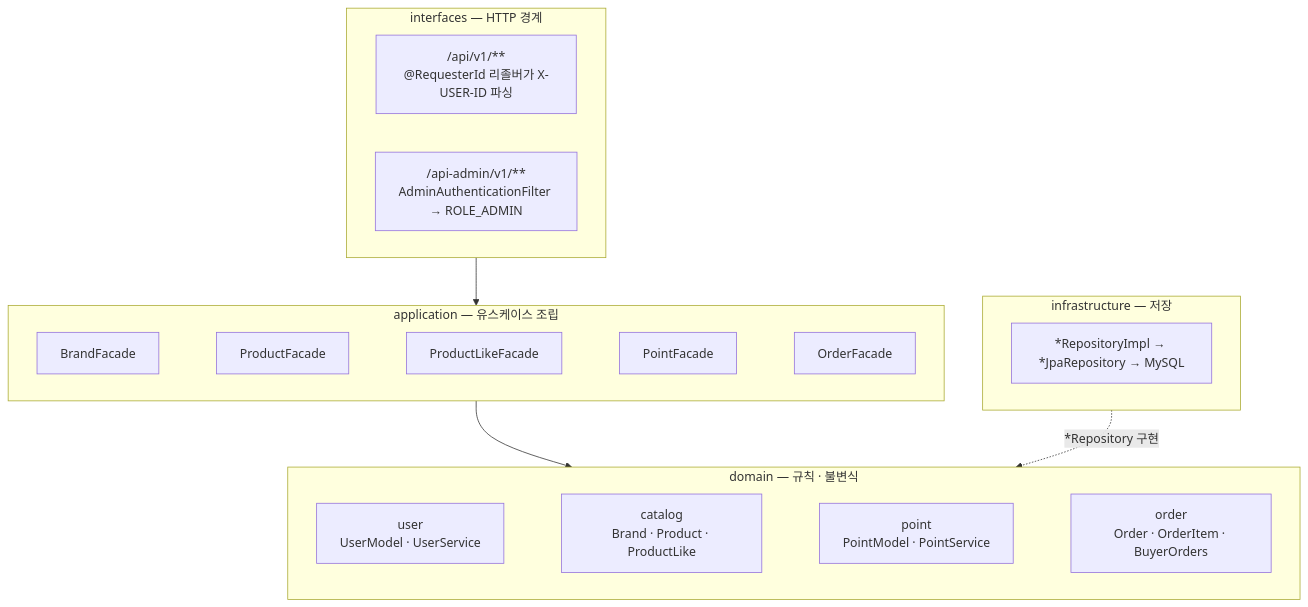
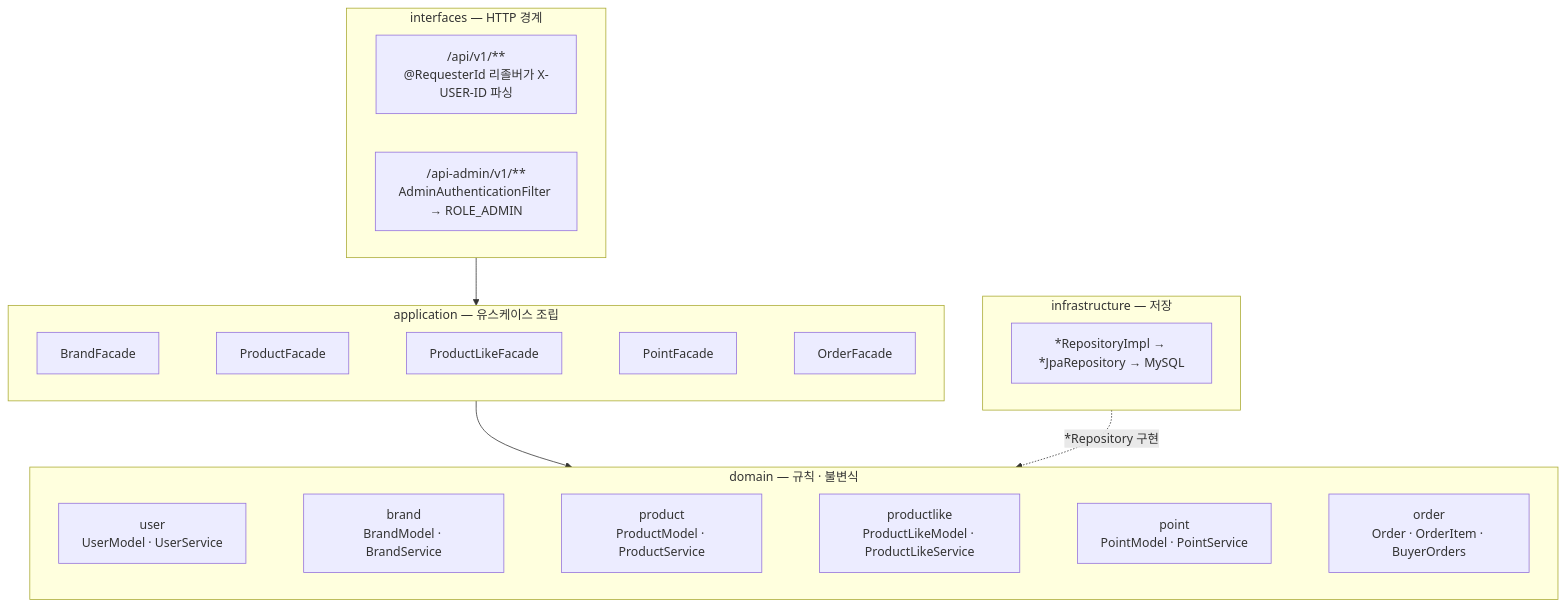
Before and after one commit to loopers-labs/loop-pack-be-l2-vol5-java: the second of 2 diagrams in docs/week2/design.md, drawn with Mermaid. The commit also changed other lines of this file and 100 other files, not shown here.

First line of the commit message:
refactor: split catalog package into brand/product/productlike aggregates

````diff
--- a/docs/week2/design.md
+++ b/docs/week2/design.md
@@ -39,22 +39,22 @@
 ```mermaid
 flowchart TB
     subgraph IF["interfaces — HTTP 경계"]
         direction LR
         CU["/api/v1/**<br/>@RequesterId 리졸버가 X-USER-ID 파싱"]
         AD["/api-admin/v1/**<br/>AdminAuthenticationFilter → ROLE_ADMIN"]
     end
     subgraph AP["application — 유스케이스 조립"]
         direction LR
         F1[BrandFacade] ~~~ F2[ProductFacade] ~~~ F3[ProductLikeFacade] ~~~ F4[PointFacade] ~~~ F5[OrderFacade]
     end
     subgraph DO["domain — 규칙 · 불변식"]
         direction LR
-        D1["user<br/>UserModel · UserService"] ~~~ D2["catalog<br/>Brand · Product · ProductLike"] ~~~ D3["point<br/>PointModel · PointService"] ~~~ D4["order<br/>Order · OrderItem · BuyerOrders"]
+        D1["user<br/>UserModel · UserService"] ~~~ D2["brand<br/>BrandModel · BrandService"] ~~~ D2b["product<br/>ProductModel · ProductService"] ~~~ D2c["productlike<br/>ProductLikeModel · ProductLikeService"] ~~~ D3["point<br/>PointModel · PointService"] ~~~ D4["order<br/>Order · OrderItem · BuyerOrders"]
     end
     subgraph IN["infrastructure — 저장"]
         R["*RepositoryImpl → *JpaRepository → MySQL"]
     end
 
     IF --> AP --> DO
     IN -.->|"*Repository 구현"| DO
 ```
````
